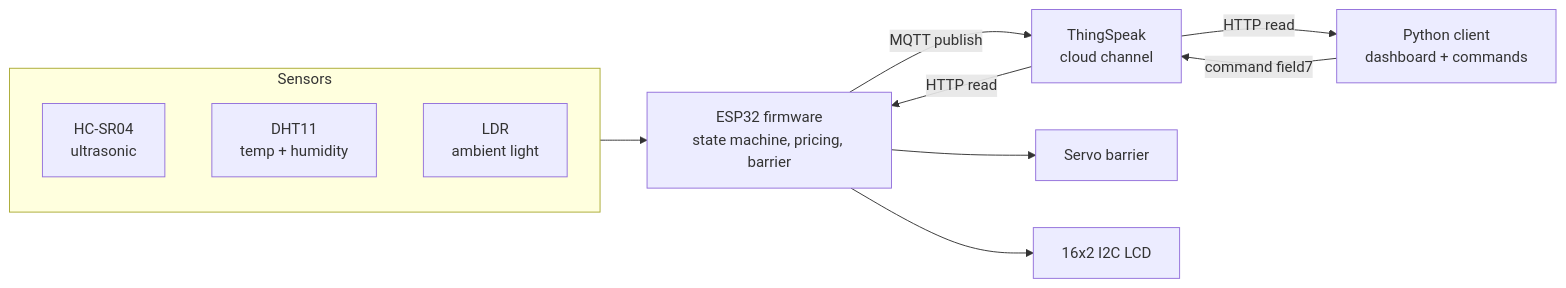
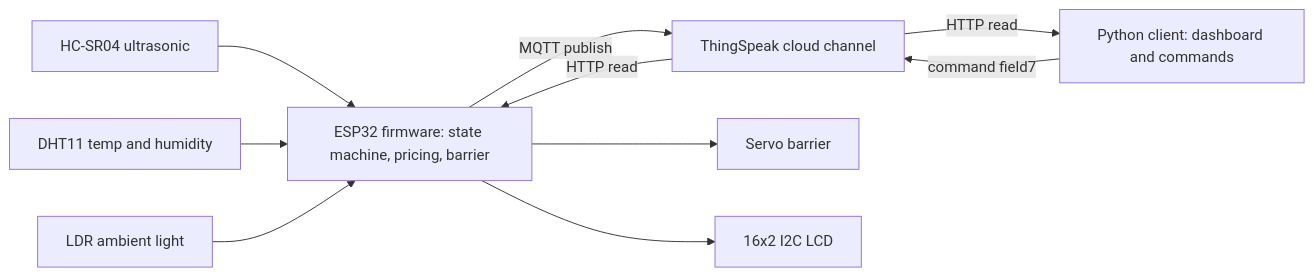
One commit to sant-mell/smart-parking-iot changed the first of 2 diagrams in README.md. Above: the diagram before and after it, drawn with Mermaid. The commit also changed other lines of this file, not shown here.

Commit message:
Harden Mermaid diagram syntax for reliable GitHub rendering

````diff
--- a/README.md
+++ b/README.md
@@ -32,15 +32,12 @@
 ```mermaid
 flowchart LR
-    subgraph Sensors
-        US[HC-SR04<br/>ultrasonic]
-        DHT[DHT11<br/>temp + humidity]
-        LDR[LDR<br/>ambient light]
-    end
-    Sensors --> ESP[ESP32 firmware<br/>state machine, pricing, barrier]
-    ESP -->|MQTT publish| TS[ThingSpeak<br/>cloud channel]
-    TS -->|HTTP read| PY[Python client<br/>dashboard + commands]
+    US["HC-SR04 ultrasonic"] --> ESP
+    DHT["DHT11 temp and humidity"] --> ESP
+    LDR["LDR ambient light"] --> ESP
+    ESP["ESP32 firmware: state machine, pricing, barrier"] -->|MQTT publish| TS["ThingSpeak cloud channel"]
+    TS -->|HTTP read| PY["Python client: dashboard and commands"]
     PY -->|command field7| TS
     TS -->|HTTP read| ESP
-    ESP --> SERVO[Servo barrier]
-    ESP --> LCD[16x2 I2C LCD]
+    ESP --> SERVO["Servo barrier"]
+    ESP --> LCD["16x2 I2C LCD"]
 ```
````
